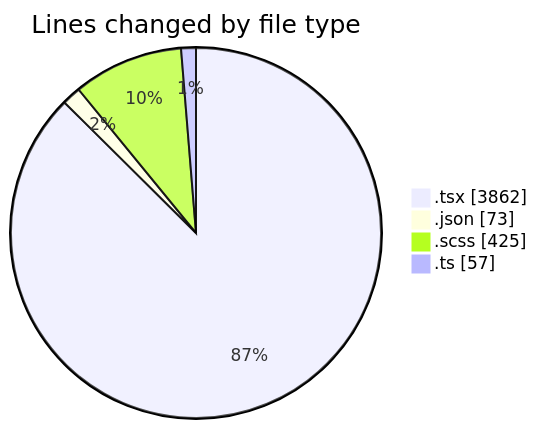
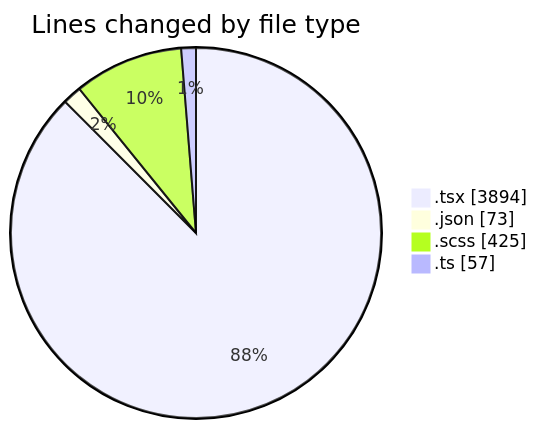
One commit to momahboobian/code-tracking changed the first of 2 diagrams in 2025-10-02/cda/README.md. Above: the diagram before and after it, drawn with Mermaid. The commit also changed other lines of this file and 1 other file, not shown here.

````diff
--- a/2025-10-02/cda/README.md
+++ b/2025-10-02/cda/README.md
@@ -29,8 +29,8 @@
 ```mermaid
 pie showData
 title Lines changed by file type
-".tsx" : 3862
+".tsx" : 3894
 ".json" : 73
 ".scss" : 425
 ".ts" : 57
 ```
````
